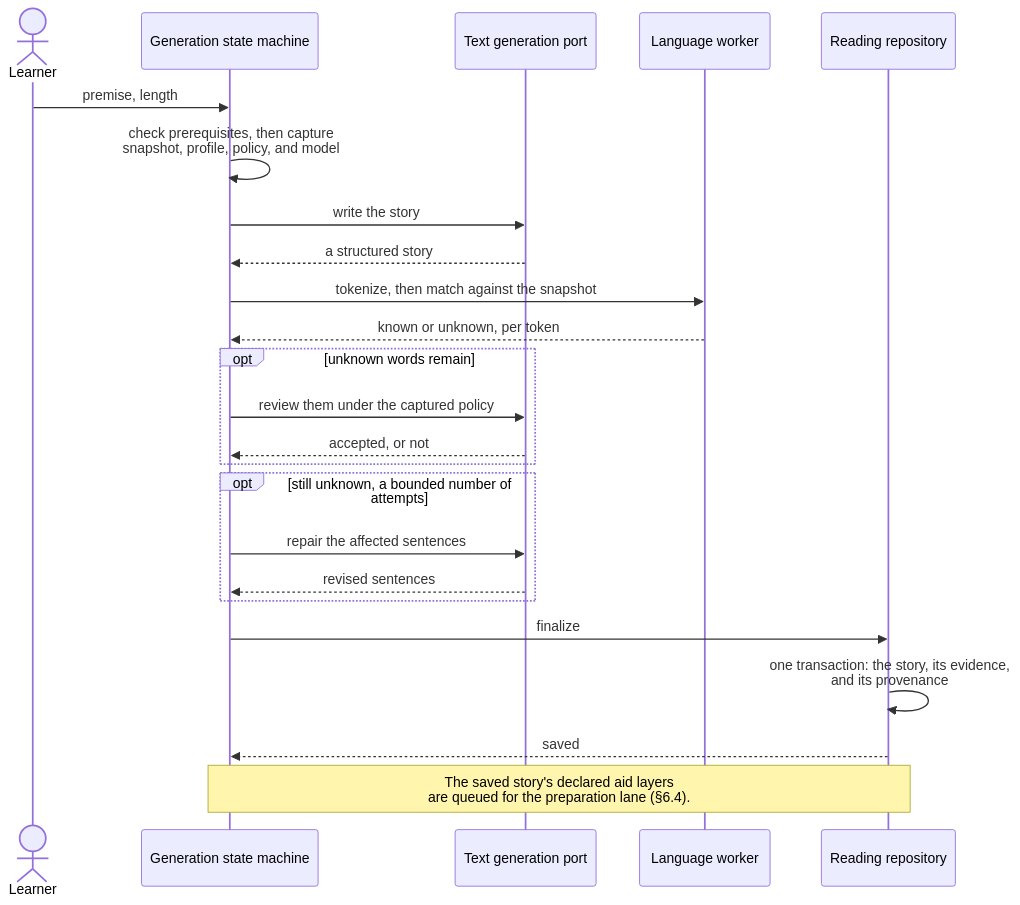
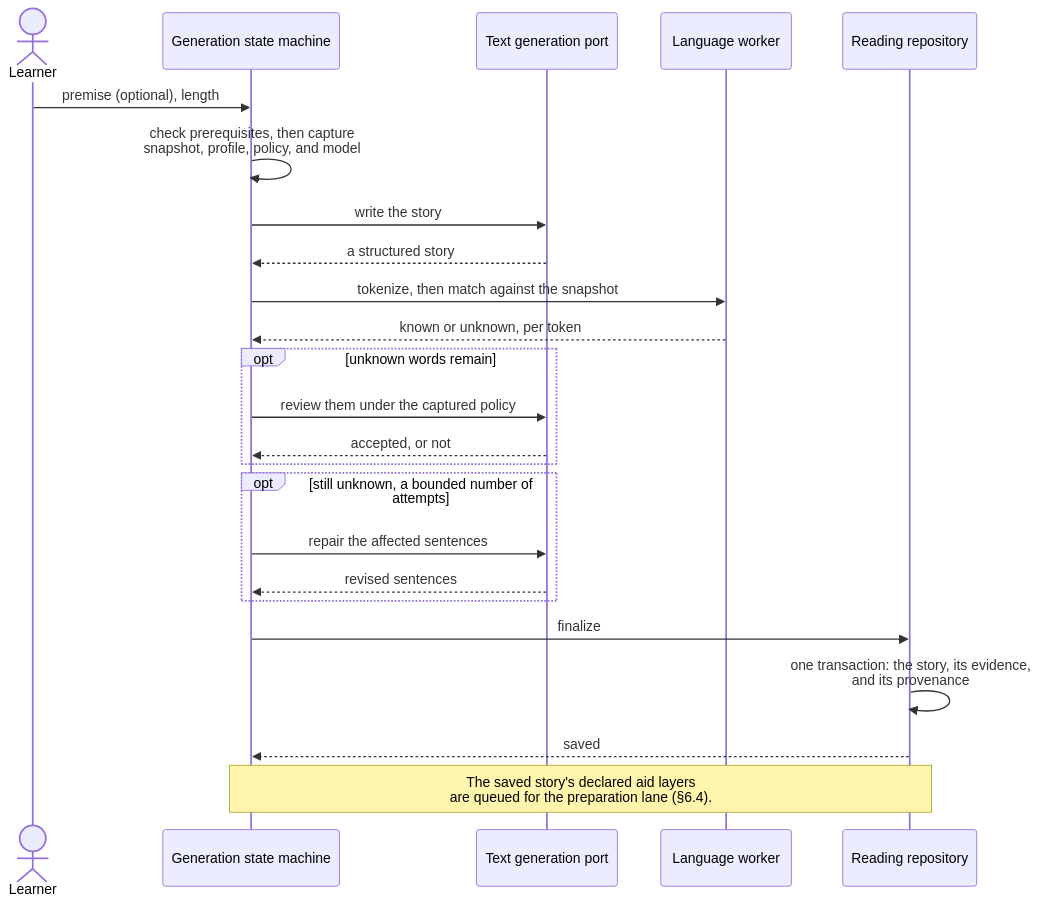
One commit to tobiaslrn/monosai changed the third of 6 diagrams in docs/arc42/06-runtime-view.md. Above: the diagram before and after it, drawn with Mermaid. The commit also changed other lines of this file and 13 other files, not shown here.

````diff
--- a/docs/arc42/06-runtime-view.md
+++ b/docs/arc42/06-runtime-view.md
@@ -87,27 +87,27 @@
 ```mermaid
 sequenceDiagram
     actor Learner
     participant Store as Generation state machine
     participant Provider as Text generation port
     participant Worker as Language worker
     participant Repo as Reading repository
 
-    Learner->>Store: premise, length
+    Learner->>Store: premise (optional), length
     Store->>Store: check prerequisites, then capture<br/>snapshot, profile, policy, and model
     Store->>Provider: write the story
     Provider-->>Store: a structured story
     Store->>Worker: tokenize, then match against the snapshot
     Worker-->>Store: known or unknown, per token
     opt unknown words remain
         Store->>Provider: review them under the captured policy
         Provider-->>Store: accepted, or not
     end
     opt still unknown, a bounded number of attempts
         Store->>Provider: repair the affected sentences
         Provider-->>Store: revised sentences
     end
     Store->>Repo: finalize
     Repo->>Repo: one transaction: the story, its evidence,<br/>and its provenance
     Repo-->>Store: saved
     Note over Store,Repo: The saved story's declared aid layers<br/>are queued for the preparation lane (§6.4).
 ```
````
